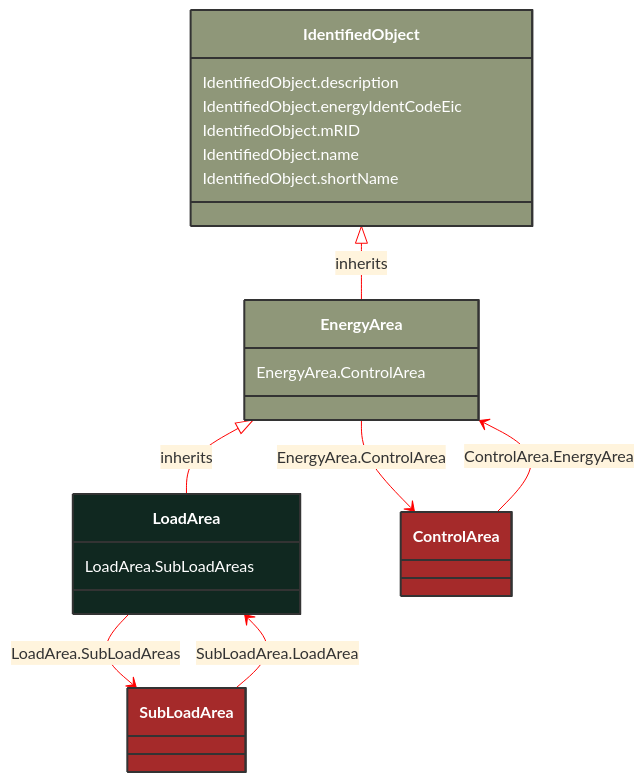
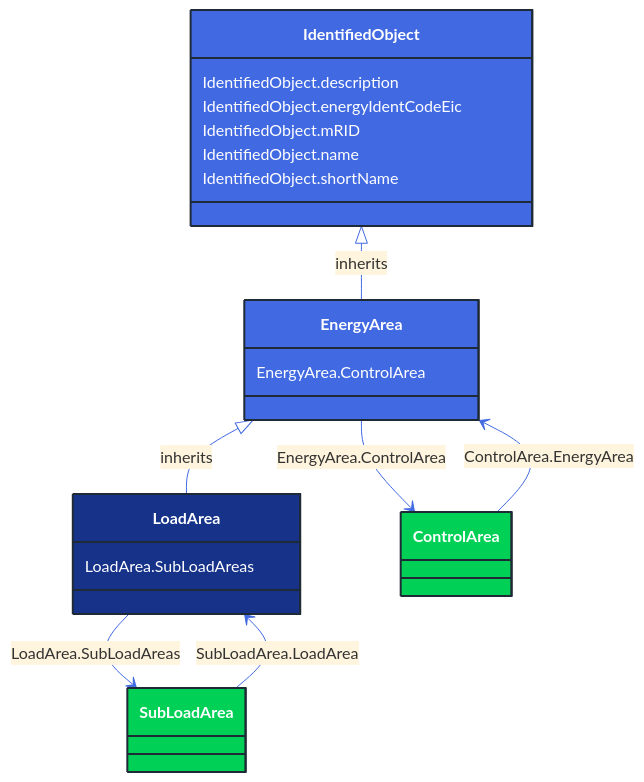
The diagram in docs/Models/Profiles/CoreEquipment/ConcreteClasses/LoadArea.md (3lbits/NoCIMExtensions), drawn with Mermaid before and after one commit. The commit also changed 362 other files, not shown here.

First line of the commit message:
Update diagrams and styles for improved visual consistency

````diff
--- a/docs/Models/Profiles/CoreEquipment/ConcreteClasses/LoadArea.md
+++ b/docs/Models/Profiles/CoreEquipment/ConcreteClasses/LoadArea.md
@@ -8,47 +8,47 @@
 ```mermaid
-%%{init: {'theme':'base','themeVariables': {'lineColor': '#FF0000'}}}%%
+%%{init: {'theme':'base','themeVariables': {'lineColor': '#4169E1'}}}%%
 classDiagram
     class LoadArea
     click LoadArea href "/Models/Profiles/CoreEquipment/ConcreteClasses/LoadArea/"
-    style LoadArea fill:#102820,stroke:#333,stroke-width:2px,rx:10,ry:10,color:white
+    style LoadArea fill:#163289,stroke:#1F2A37,stroke-width:2px,rx:10,ry:10,color:white
      
         EnergyArea <|-- LoadArea : inherits
             click EnergyArea href "/Models/Profiles/CoreEquipment/AbstractClasses/EnergyArea/"
-            style EnergyArea fill:#8F9779,stroke:#333,stroke-width:2px,rx:10,ry:10,color:white
+            style EnergyArea fill:#4169E1,stroke:#1F2A37,stroke-width:2px,rx:10,ry:10,color:white
      
         IdentifiedObject <|-- EnergyArea : inherits
             click IdentifiedObject href "/Models/Profiles/CoreEquipment/AbstractClasses/IdentifiedObject/"
-            style IdentifiedObject fill:#8F9779,stroke:#333,stroke-width:2px,rx:10,ry:10,color:white
+            style IdentifiedObject fill:#4169E1,stroke:#1F2A37,stroke-width:2px,rx:10,ry:10,color:white
 
         LoadArea --> SubLoadArea : LoadArea.SubLoadAreas
 
         SubLoadArea
             click SubLoadArea href "/Models/Profiles/CoreEquipment/ConcreteClasses/SubLoadArea/"
-            style SubLoadArea fill:#A52A2A,stroke:#333,stroke-width:2px,rx:10,ry:10,color:white
+            style SubLoadArea fill:#00D156,stroke:#1F2A37,stroke-width:2px,rx:10,ry:10,color:white
         EnergyArea --> ControlArea : EnergyArea.ControlArea
 
         ControlArea
             click ControlArea href "/Models/Profiles/CoreEquipment/AbstractClasses/ControlArea/"
-            style ControlArea fill:#A52A2A,stroke:#333,stroke-width:2px,rx:10,ry:10,color:white
+            style ControlArea fill:#00D156,stroke:#1F2A37,stroke-width:2px,rx:10,ry:10,color:white
 
         ControlArea --> EnergyArea : ControlArea.EnergyArea
 
         ControlArea
             click ControlArea href "/Models/Profiles/CoreEquipment/AbstractClasses/ControlArea/"
-            style ControlArea fill:#A52A2A,stroke:#333,stroke-width:2px,rx:10,ry:10,color:white
+            style ControlArea fill:#00D156,stroke:#1F2A37,stroke-width:2px,rx:10,ry:10,color:white
 
         SubLoadArea --> LoadArea : SubLoadArea.LoadArea
 
         SubLoadArea
             click SubLoadArea href "/Models/Profiles/CoreEquipment/ConcreteClasses/SubLoadArea/"
-            style SubLoadArea fill:#A52A2A,stroke:#333,stroke-width:2px,rx:10,ry:10,color:white
+            style SubLoadArea fill:#00D156,stroke:#1F2A37,stroke-width:2px,rx:10,ry:10,color:white
 
 
         LoadArea : LoadArea.SubLoadAreas
         EnergyArea : EnergyArea.ControlArea
         IdentifiedObject : IdentifiedObject.description
         IdentifiedObject : IdentifiedObject.energyIdentCodeEic
         IdentifiedObject : IdentifiedObject.mRID
         IdentifiedObject : IdentifiedObject.name
         IdentifiedObject : IdentifiedObject.shortName
 ```
````
